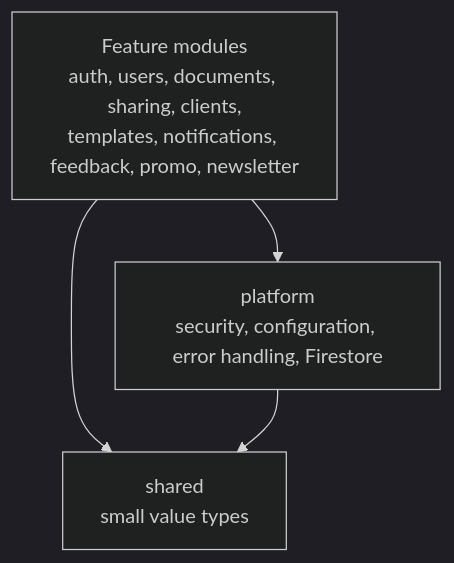
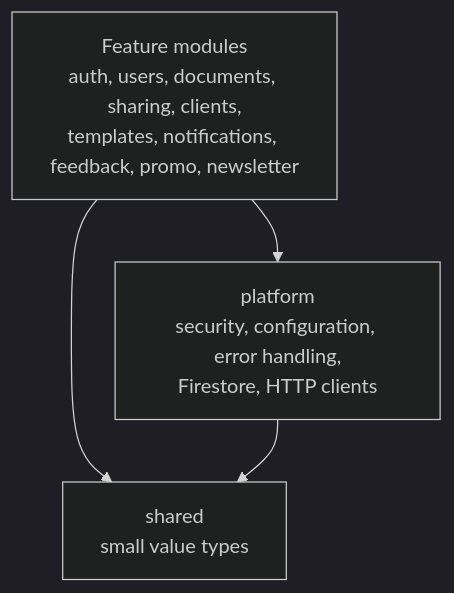
The first of 2 diagrams in docs/architecture.md (altalyst-solutions/dokiments-api), drawn with Mermaid (dark theme) before and after one commit. The commit also changed other lines of this file and 3 other files, not shown here.

````diff
--- a/docs/architecture.md
+++ b/docs/architecture.md
@@ -20,7 +20,7 @@
 ```mermaid
 flowchart TB
     features["Feature modules<br/>auth, users, documents, sharing, clients,<br/>templates, notifications, feedback, promo, newsletter"]
-    features --> platform["platform<br/>security, configuration, error handling, Firestore"]
+    features --> platform["platform<br/>security, configuration, error handling,<br/>Firestore, HTTP clients"]
     features --> shared["shared<br/>small value types"]
     platform --> shared
 ```
````
